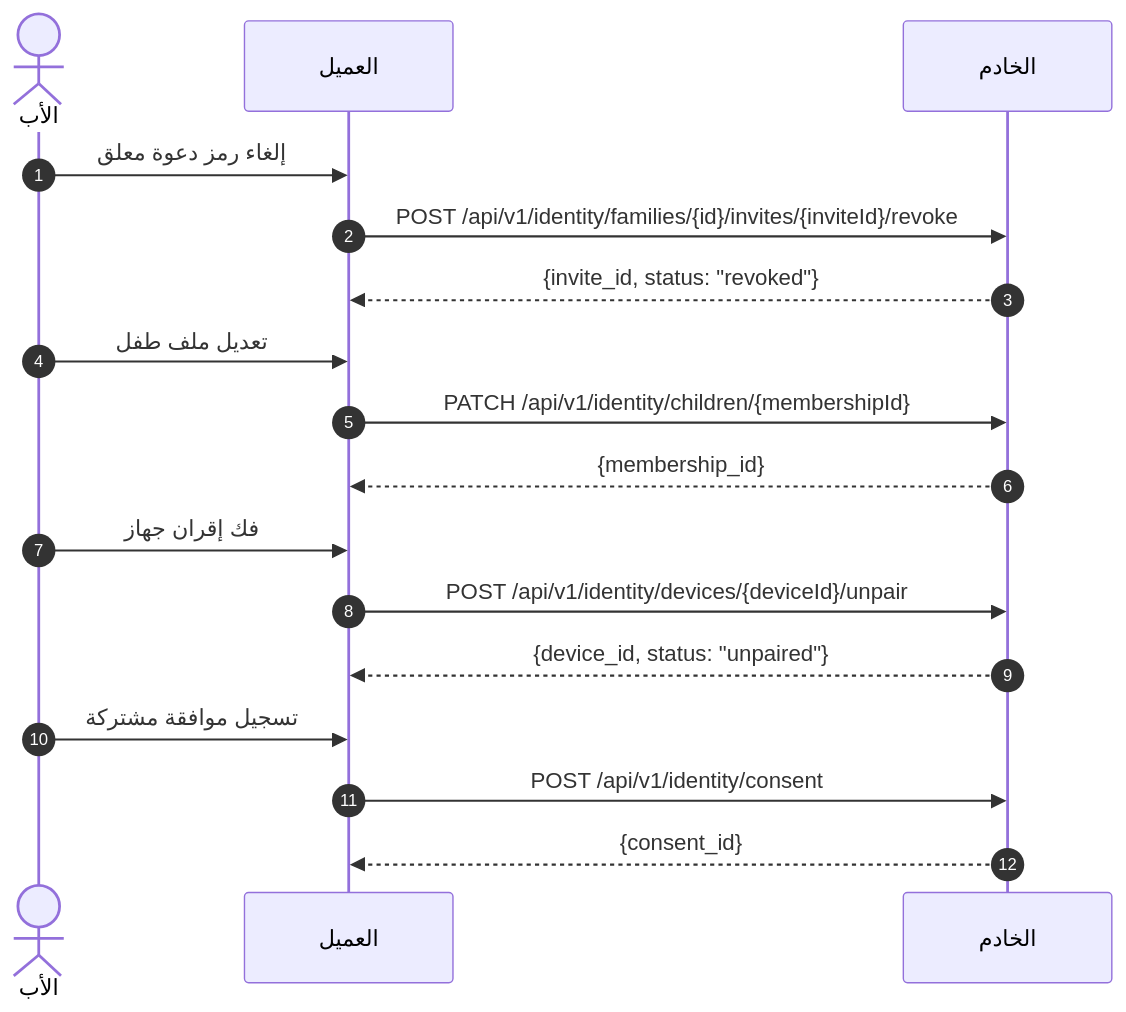
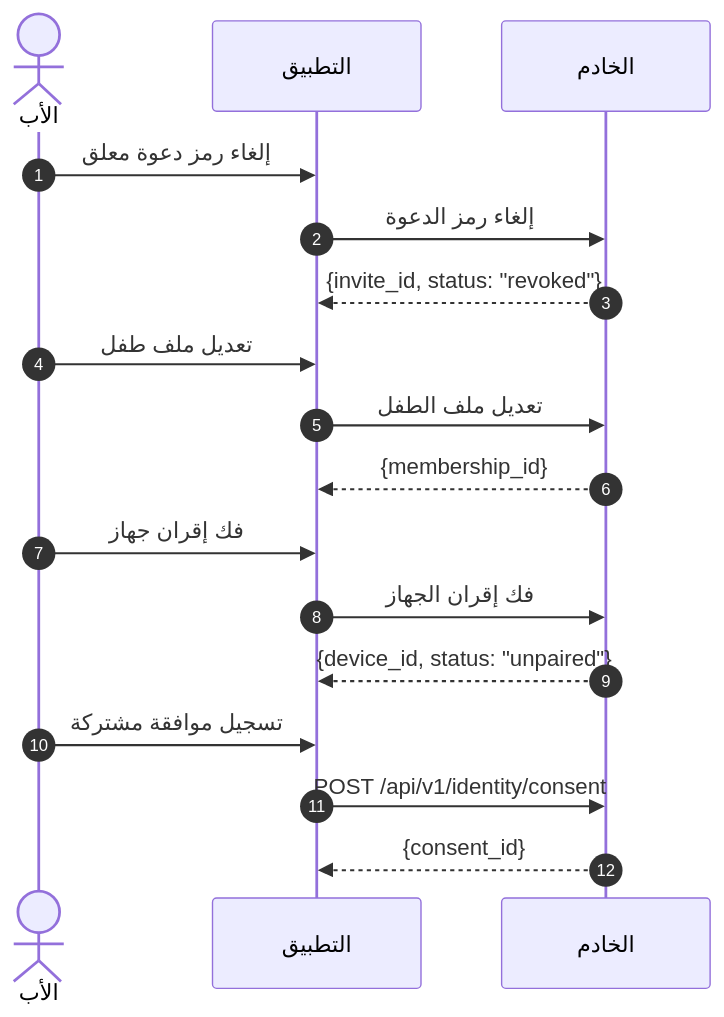
One commit to Bassam-mohammed-alqaeadi/family-os-v2 changed diagram 18 of 36 in docs/family-os/governance/phases/phase-1/S1-02-identity-and-onboarding/DIAGRAMS.md. Above: the diagram before and after it, drawn with Mermaid. The commit also changed other lines of this file, not shown here.

````diff
--- a/docs/family-os/governance/phases/phase-1/S1-02-identity-and-onboarding/DIAGRAMS.md
+++ b/docs/family-os/governance/phases/phase-1/S1-02-identity-and-onboarding/DIAGRAMS.md
@@ -719,19 +774,20 @@
 ```mermaid
+%%{init: {"sequence": {"wrap": true}}}%%
 sequenceDiagram
     autonumber
     actor Father as الأب
-    participant Client as العميل
+    participant App as التطبيق
     participant Ktor as الخادم
-    Father->>Client: إلغاء رمز دعوة معلق
-    Client->>Ktor: POST /api/v1/identity/families/{id}/invites/{inviteId}/revoke
-    Ktor-->>Client: {invite_id, status: "revoked"}
-    Father->>Client: تعديل ملف طفل
-    Client->>Ktor: PATCH /api/v1/identity/children/{membershipId}
-    Ktor-->>Client: {membership_id}
-    Father->>Client: فك إقران جهاز
-    Client->>Ktor: POST /api/v1/identity/devices/{deviceId}/unpair
-    Ktor-->>Client: {device_id, status: "unpaired"}
-    Father->>Client: تسجيل موافقة مشتركة
-    Client->>Ktor: POST /api/v1/identity/consent
-    Ktor-->>Client: {consent_id}
+    Father->>App: إلغاء رمز دعوة معلق
+    App->>Ktor: إلغاء رمز الدعوة
+    Ktor-->>App: {invite_id, status: "revoked"}
+    Father->>App: تعديل ملف طفل
+    App->>Ktor: تعديل ملف الطفل
+    Ktor-->>App: {membership_id}
+    Father->>App: فك إقران جهاز
+    App->>Ktor: فك إقران الجهاز
+    Ktor-->>App: {device_id, status: "unpaired"}
+    Father->>App: تسجيل موافقة مشتركة
+    App->>Ktor: POST /api/v1/identity/consent
+    Ktor-->>App: {consent_id}
 ```
````
